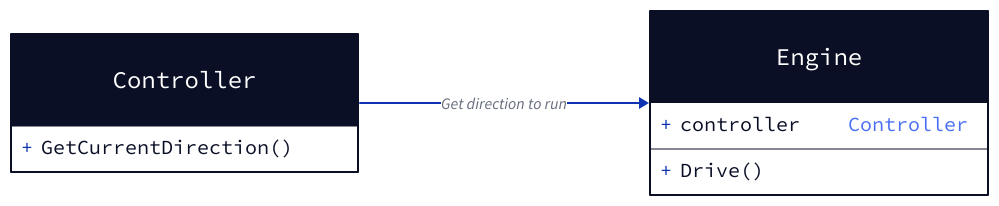
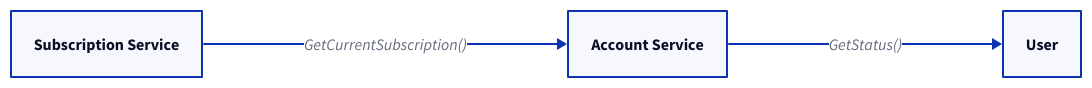
Before and after one commit to link1905/system-design-101: diagram 11 of 15 in content/web-service/microservice.md, drawn with D2. The commit also changed other lines of this file and 13 other files, not shown here.

````diff
--- a/content/web-service/microservice.md
+++ b/content/web-service/microservice.md
@@ -492,15 +470,14 @@
 ```d2
 direction: right
-c: Controller {
-    shape: class
-    GetCurrentDirection(): ""
+a: Subscription Service {
+    class: server
 }
-e: Engine {
-    shape: class
-    controller: Controller
-    Drive(): ""
+b: Account Service {
+    class: server
 }
-e <- c: Get direction to run {
-  class: bold-text
+u: User {
+  class: client
 }
+a -> b: "GetCurrentSubscription()"
+u <- b: "GetStatus()"
 ```
````
